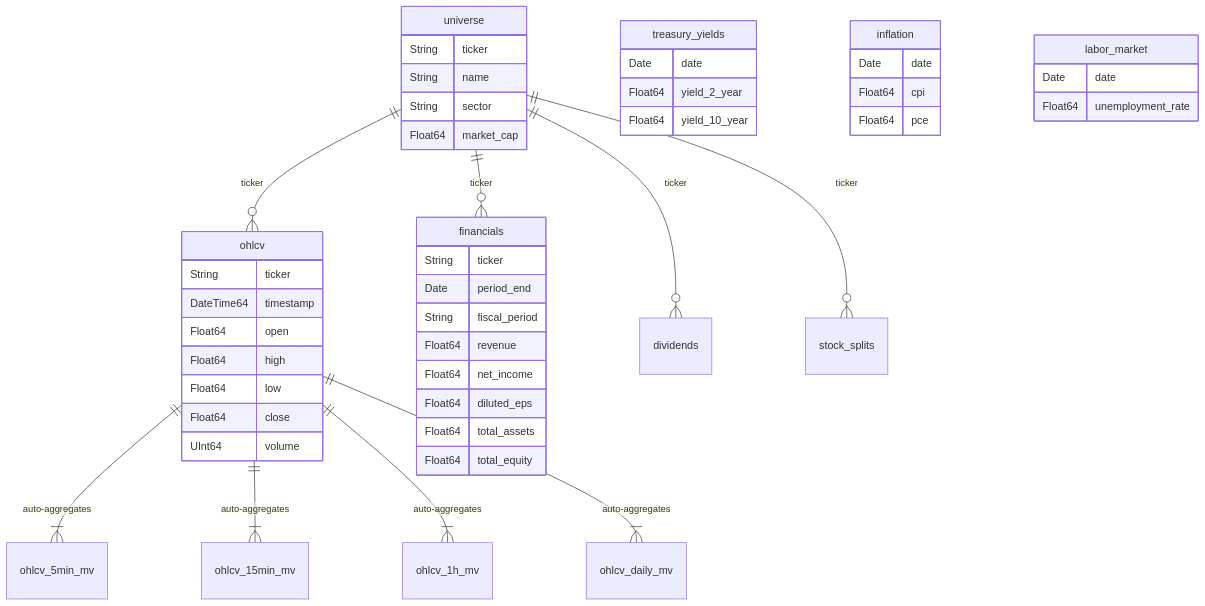
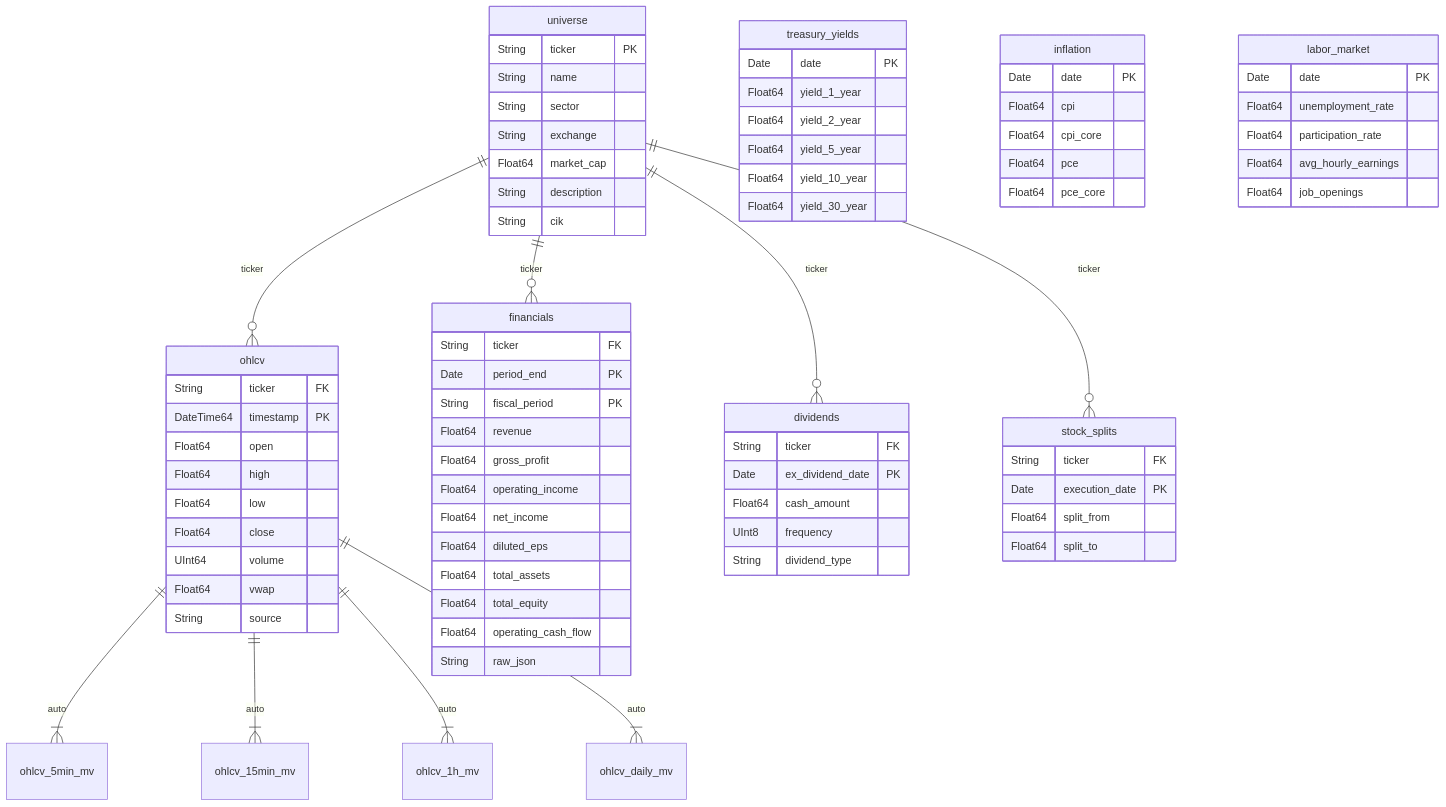
Before and after one commit to eshaank/argus-dataplat: the second of 2 diagrams in README.md, drawn with Mermaid. The commit also changed other lines of this file, not shown here.

Commit message:
docs: nicer mermaid diagrams — vertical flow with grouped subgraphs, detailed ER schema

````diff
--- a/README.md
+++ b/README.md
@@ -302,51 +304,88 @@
 ```mermaid
 erDiagram
-    ohlcv ||--|{ ohlcv_5min_mv : "auto-aggregates"
-    ohlcv ||--|{ ohlcv_15min_mv : "auto-aggregates"
-    ohlcv ||--|{ ohlcv_1h_mv : "auto-aggregates"
-    ohlcv ||--|{ ohlcv_daily_mv : "auto-aggregates"
+    universe ||--o{ ohlcv : ticker
     universe ||--o{ financials : ticker
     universe ||--o{ dividends : ticker
     universe ||--o{ stock_splits : ticker
-    universe ||--o{ ohlcv : ticker
+    ohlcv ||--|{ ohlcv_5min_mv : auto
+    ohlcv ||--|{ ohlcv_15min_mv : auto
+    ohlcv ||--|{ ohlcv_1h_mv : auto
+    ohlcv ||--|{ ohlcv_daily_mv : auto
+
+    universe {
+        String ticker PK
+        String name
+        String sector
+        String exchange
+        Float64 market_cap
+        String description
+        String cik
+    }
 
     ohlcv {
-        String ticker
-        DateTime64 timestamp
+        String ticker FK
+        DateTime64 timestamp PK
         Float64 open
         Float64 high
         Float64 low
         Float64 close
         UInt64 volume
+        Float64 vwap
+        String source
     }
+
     financials {
-        String ticker
-        Date period_end
-        String fiscal_period
+        String ticker FK
+        Date period_end PK
+        String fiscal_period PK
         Float64 revenue
+        Float64 gross_profit
+        Float64 operating_income
         Float64 net_income
         Float64 diluted_eps
         Float64 total_assets
         Float64 total_equity
+        Float64 operating_cash_flow
+        String raw_json
     }
-    universe {
-        String ticker
-        String name
-        String sector
-        Float64 market_cap
+
+    dividends {
+        String ticker FK
+        Date ex_dividend_date PK
+        Float64 cash_amount
+        UInt8 frequency
+        String dividend_type
     }
+
+    stock_splits {
+        String ticker FK
+        Date execution_date PK
+        Float64 split_from
+        Float64 split_to
+    }
+
     treasury_yields {
-        Date date
+        Date date PK
+        Float64 yield_1_year
         Float64 yield_2_year
+        Float64 yield_5_year
         Float64 yield_10_year
+        Float64 yield_30_year
     }
+
     inflation {
-        Date date
+        Date date PK
         Float64 cpi
+        Float64 cpi_core
         Float64 pce
+        Float64 pce_core
     }
+
     labor_market {
-        Date date
+        Date date PK
         Float64 unemployment_rate
+        Float64 participation_rate
+        Float64 avg_hourly_earnings
+        Float64 job_openings
     }
 ```
````
